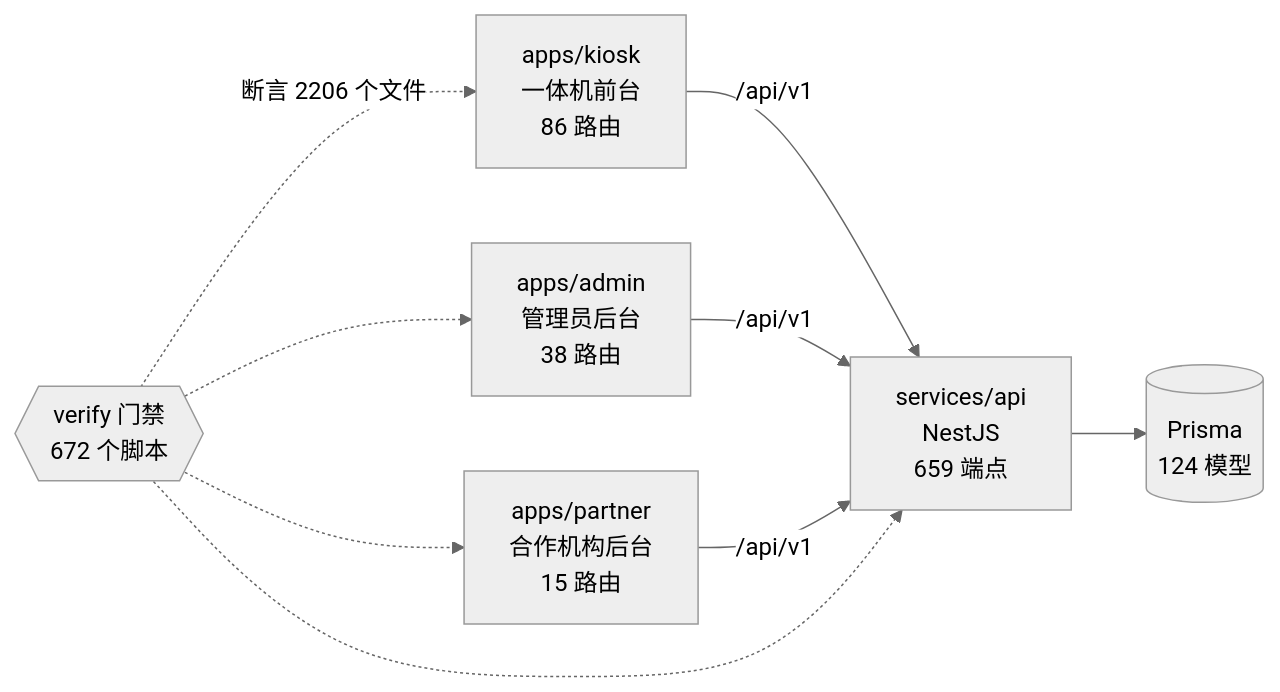
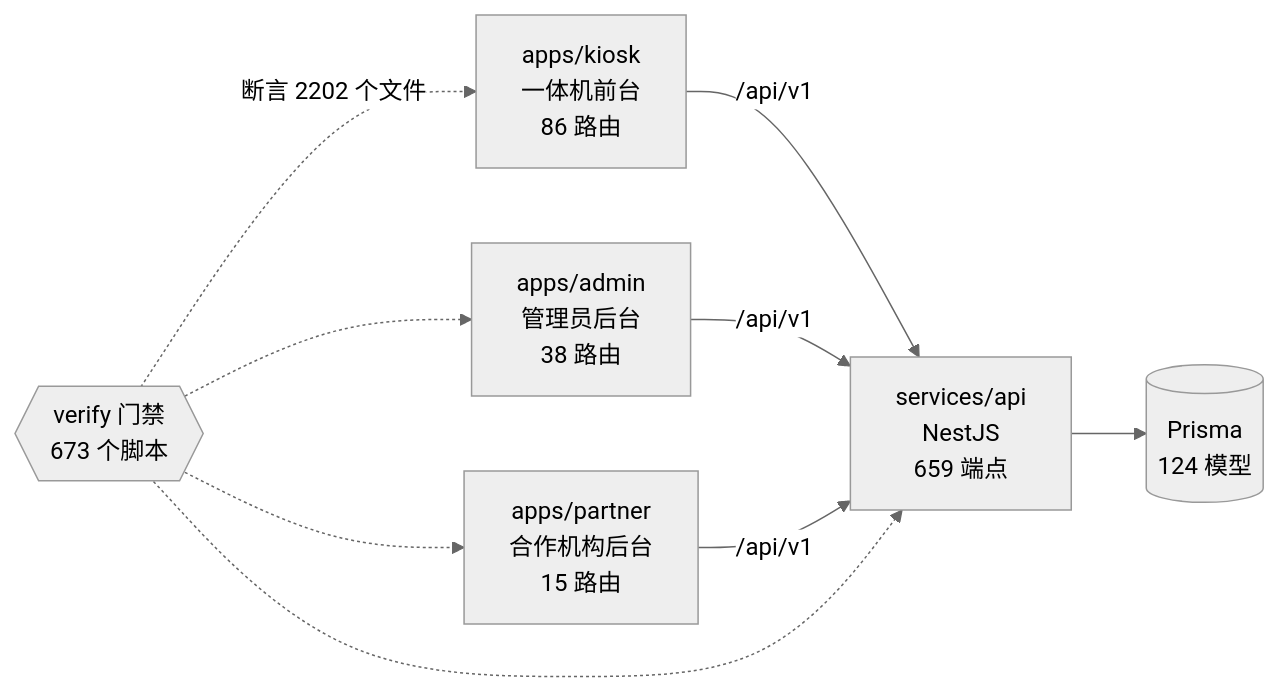
Before and after one commit to wanglei581/YITIJI: the diagram in docs/graph/README.md, drawn with Mermaid (neutral theme). The commit also changed other lines of this file and 7 other files, not shown here.

````diff
--- a/docs/graph/README.md
+++ b/docs/graph/README.md
@@ -68,18 +68,18 @@
 ```mermaid
 flowchart LR
   kiosk["apps/kiosk<br/>一体机前台<br/>86 路由"]
   admin["apps/admin<br/>管理员后台<br/>38 路由"]
   partner["apps/partner<br/>合作机构后台<br/>15 路由"]
   api["services/api<br/>NestJS<br/>659 端点"]
   db[("Prisma<br/>124 模型")]
-  gates{{"verify 门禁<br/>672 个脚本"}}
+  gates{{"verify 门禁<br/>673 个脚本"}}
 
   kiosk -->|"/api/v1"| api
   admin -->|"/api/v1"| api
   partner -->|"/api/v1"| api
   api --> db
-  gates -.->|"断言 2206 个文件"| kiosk
+  gates -.->|"断言 2202 个文件"| kiosk
   gates -.-> admin
   gates -.-> partner
   gates -.-> api
 ```
````
